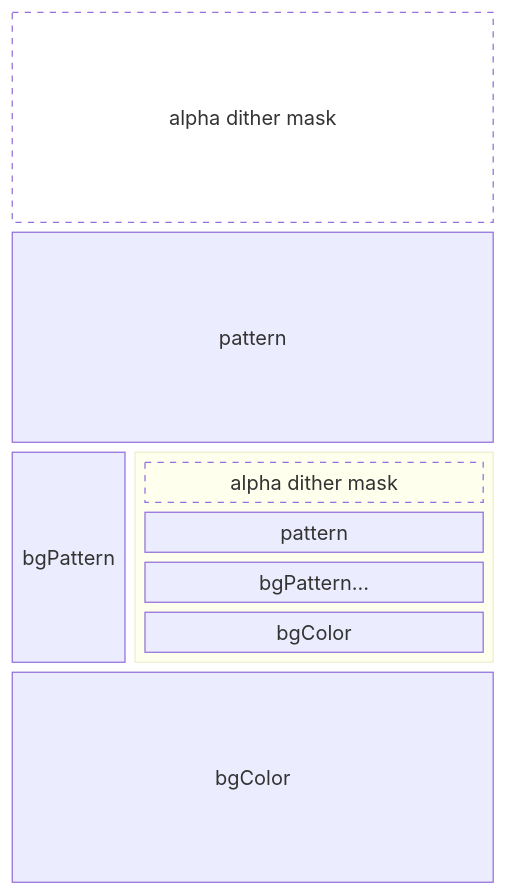
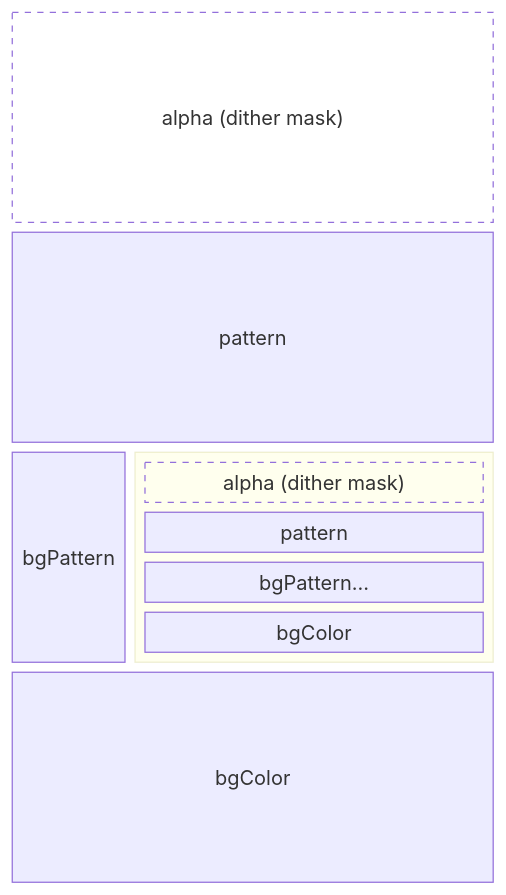
The diagram in README.md (ebeneliason/easy-pattern), drawn with Mermaid before and after one commit. The commit also changed other lines of this file and 1 other file, not shown here.

````diff
--- a/README.md
+++ b/README.md
@@ -162,18 +161,18 @@
 ```mermaid
 block-beta
 columns 8
-  M["alpha dither mask"]:8
+  M["alpha (dither mask)"]:8
   A["pattern"]:8
   B["bgPattern"]:2
   block:bgPattern:6
     columns 1
-    W["alpha dither mask"]
+    W["alpha (dither mask)"]
     X["pattern"]
     Y["bgPattern…"]
     Z["bgColor"]
   end
   C["bgColor"]:8
 classDef mask fill:#FFFFFF05, stroke-dasharray: 5 5
 class M mask
 class W mask
 ```
````
